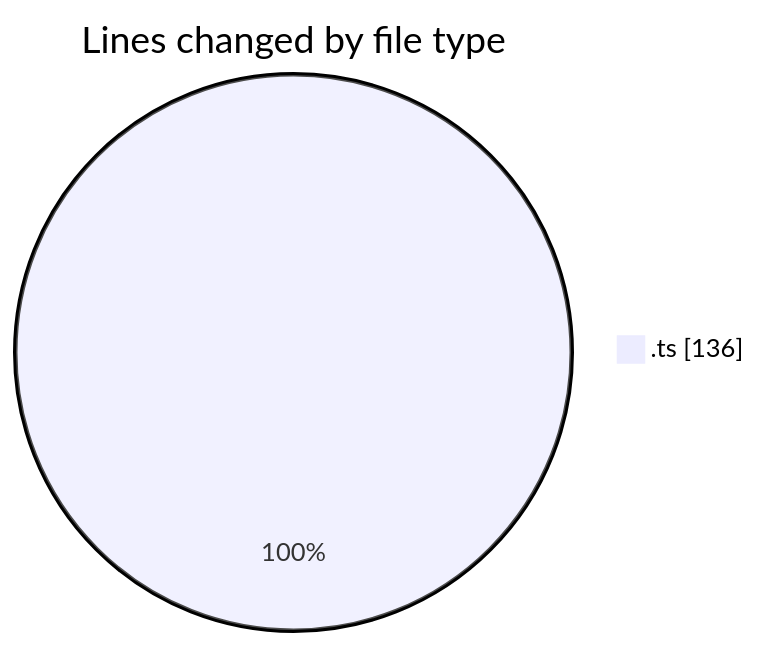
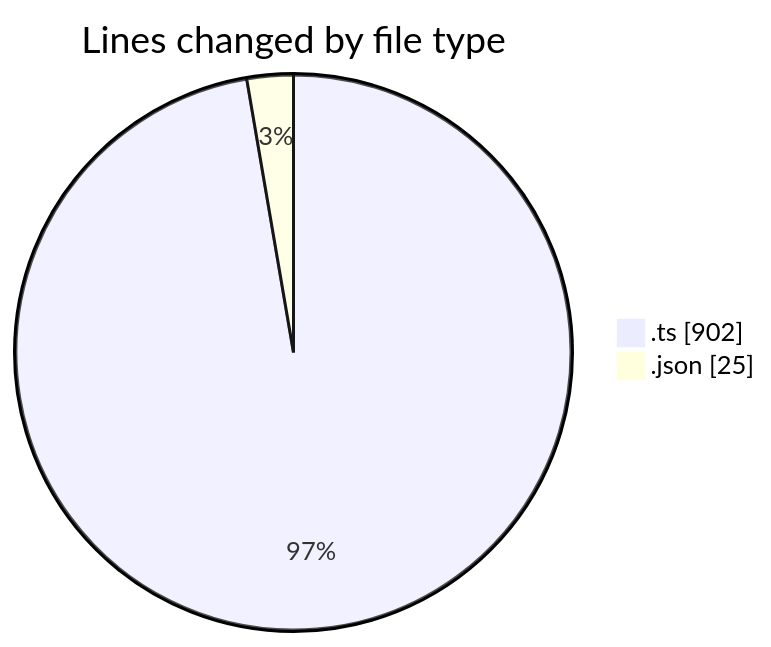
Before and after one commit to momahboobian/code-tracking: the first of 2 diagrams in 2025-09-10/cda/README.md, drawn with Mermaid. The commit also changed other lines of this file and 1 other file, not shown here.

````diff
--- a/2025-09-10/cda/README.md
+++ b/2025-09-10/cda/README.md
@@ -21,5 +22,6 @@
 ```mermaid
 pie showData
 title Lines changed by file type
-".ts" : 136
+".ts" : 902
+".json" : 25
 ```
````
